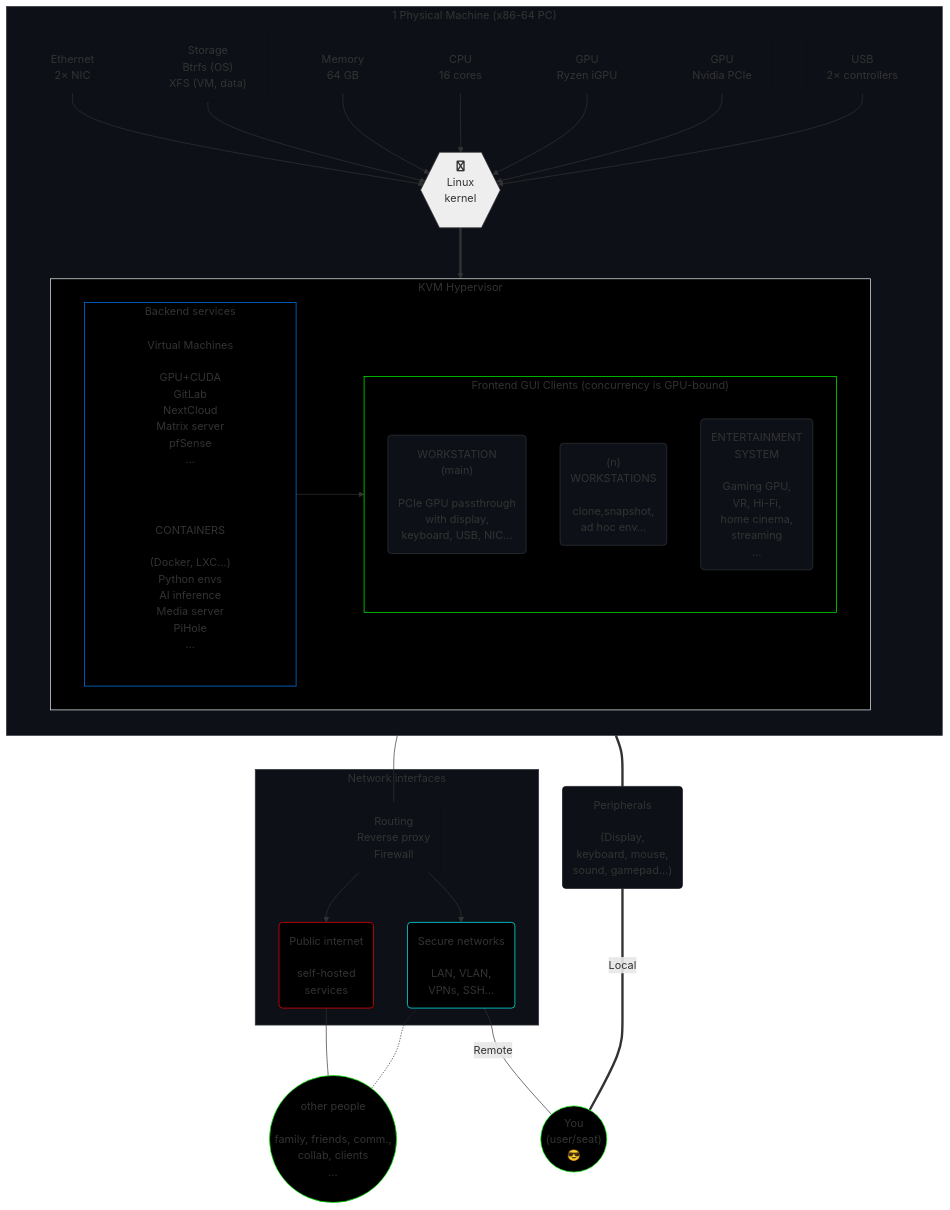
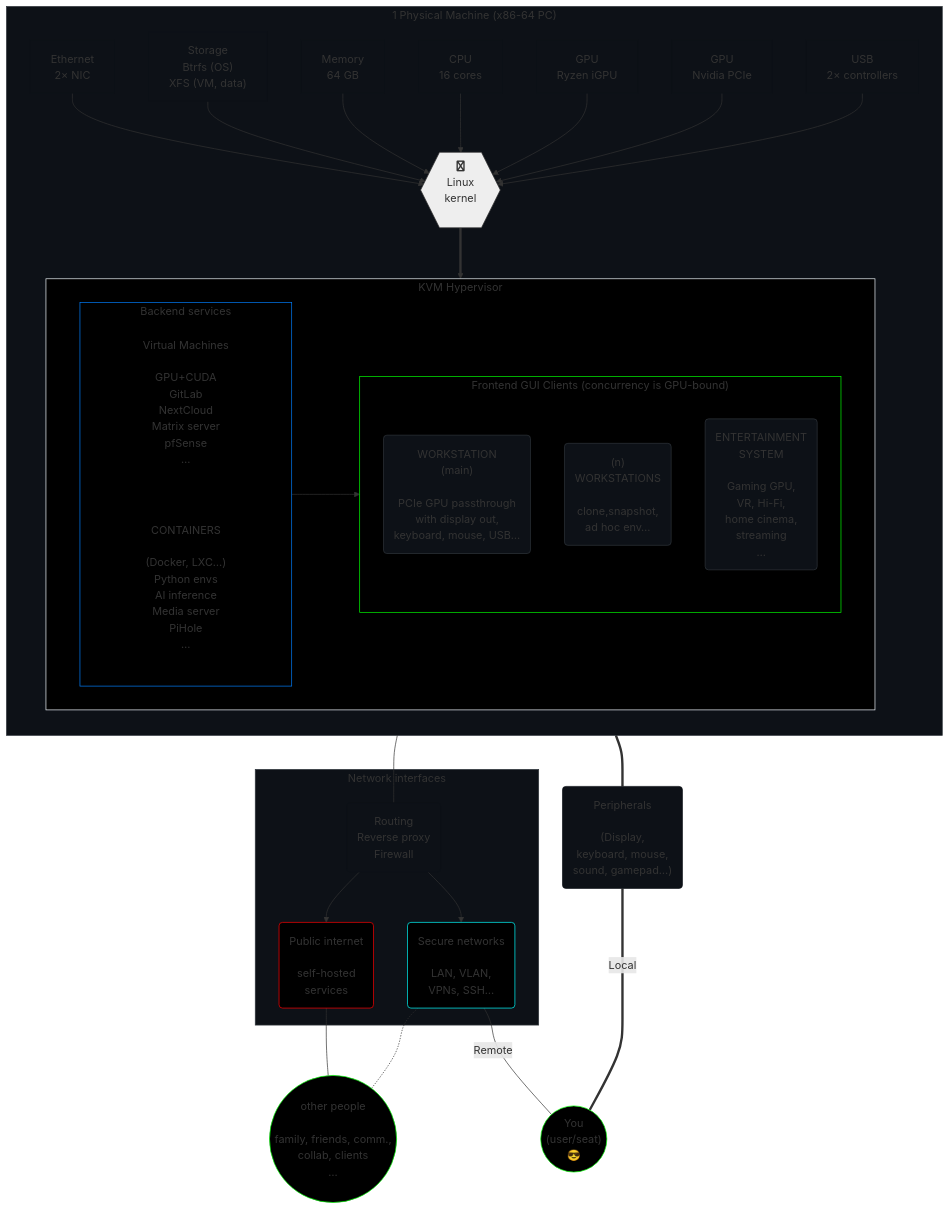
Before and after one commit to agenkit/GHost: the diagram in README.md, drawn with Mermaid.

```diff
--- a/README.md
+++ b/README.md
@@ -60,7 +60,7 @@
          subgraph g["Frontend GUI Clients (concurrency is GPU-bound)"]
             direction TB
 
-            gw("WORKSTATION<br>(main)<br><br>PCIe GPU passthrough<br>with display,<br>keyboard, USB, NIC…")
+            gw("WORKSTATION<br>(main)<br><br>PCIe GPU passthrough<br>with display out,<br>keyboard, mouse, USB…")
             gn("(n)<br>WORKSTATIONS<br><br>clone,snapshot,<br>ad hoc env…")
             gg("ENTERTAINMENT<br>SYSTEM<br><br>Gaming GPU,<br>VR, Hi-Fi, <br>home cinema,<br>streaming<br>…")
          end
```
